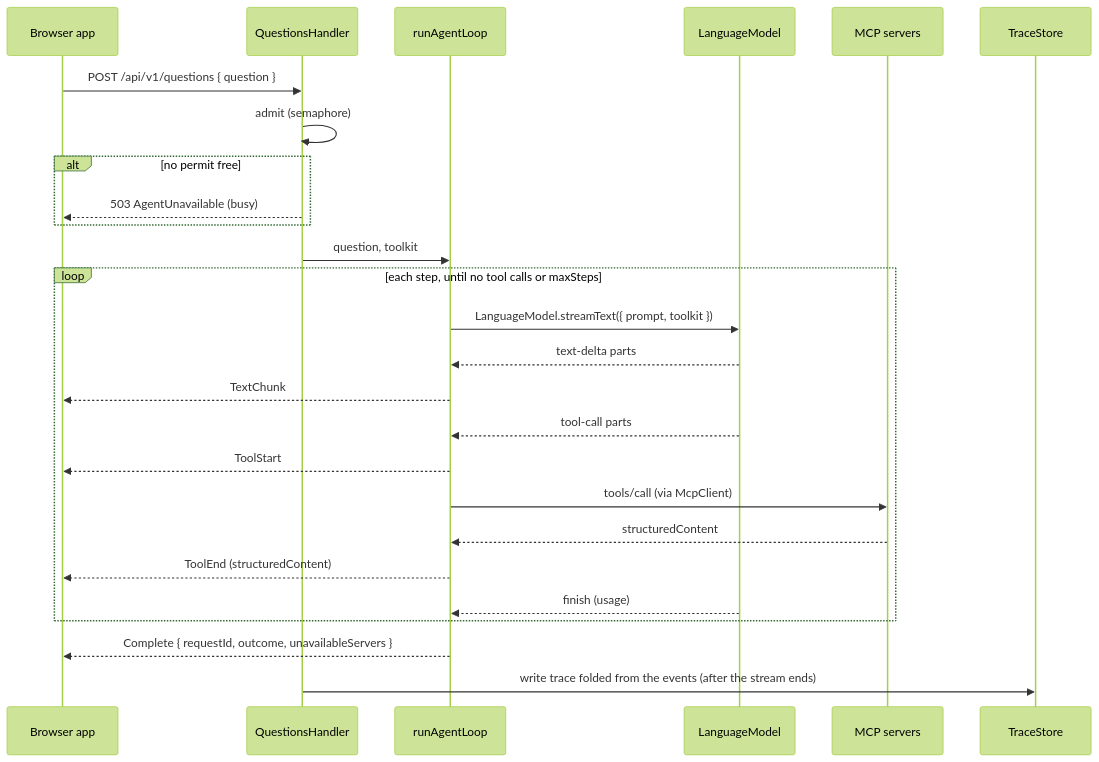
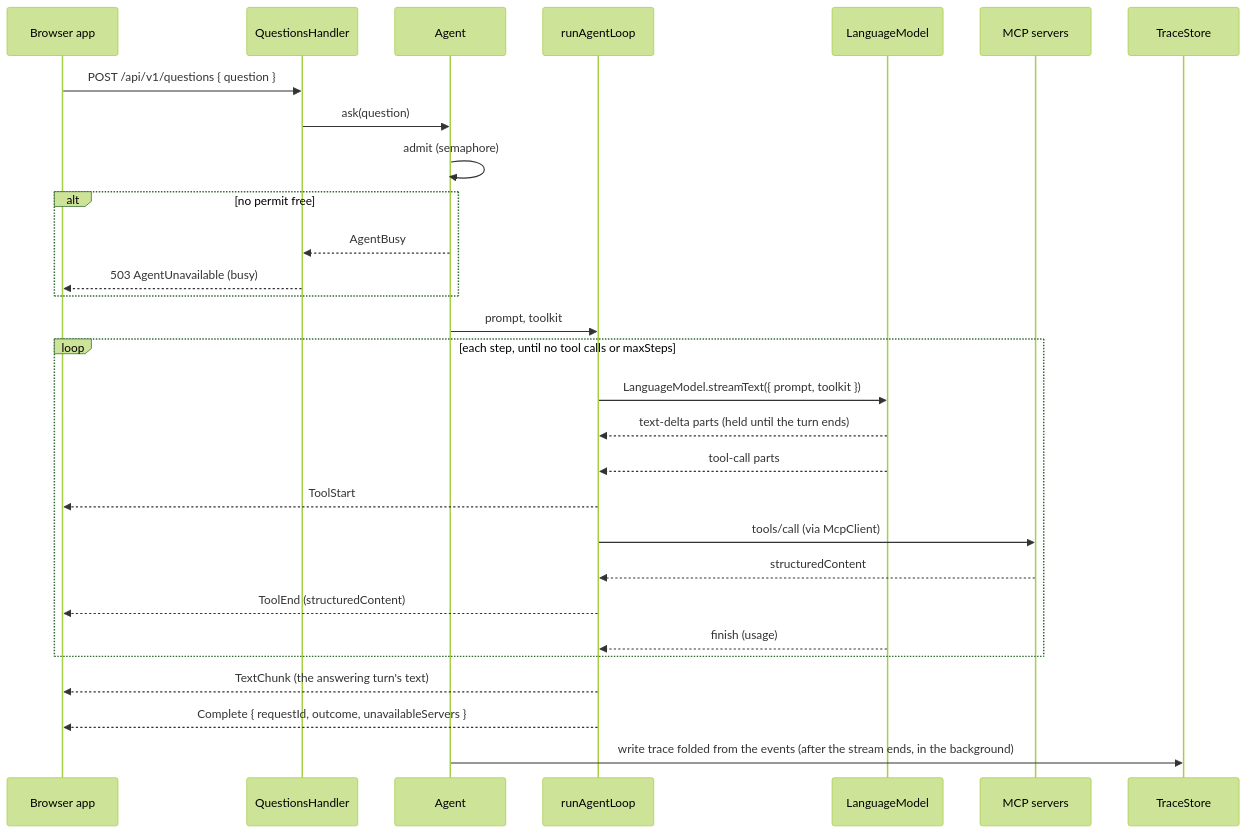
One commit to mollyegibson/policy-huis changed the diagram in docs/plans/agent-loop.md. Above: the diagram before and after it, drawn with Mermaid (forest theme). The commit also changed other lines of this file and 71 other files, not shown here.

````diff
--- a/docs/plans/agent-loop.md
+++ b/docs/plans/agent-loop.md
@@ -98,29 +107,32 @@
 ```mermaid
 sequenceDiagram
     participant B as Browser app
     participant H as QuestionsHandler
+    participant A as Agent
     participant L as runAgentLoop
     participant M as LanguageModel
     participant S as MCP servers
     participant T as TraceStore
 
     B->>H: POST /api/v1/questions { question }
-    H->>H: admit (semaphore)
+    H->>A: ask(question)
+    A->>A: admit (semaphore)
     alt no permit free
+        A-->>H: AgentBusy
         H-->>B: 503 AgentUnavailable (busy)
     end
-    H->>L: question, toolkit
+    A->>L: prompt, toolkit
     loop each step, until no tool calls or maxSteps
         L->>M: LanguageModel.streamText({ prompt, toolkit })
-        M-->>L: text-delta parts
-        L-->>B: TextChunk
+        M-->>L: text-delta parts (held until the turn ends)
         M-->>L: tool-call parts
         L-->>B: ToolStart
         L->>S: tools/call (via McpClient)
         S-->>L: structuredContent
         L-->>B: ToolEnd (structuredContent)
         M-->>L: finish (usage)
     end
+    L-->>B: TextChunk (the answering turn's text)
     L-->>B: Complete { requestId, outcome, unavailableServers }
-    H->>T: write trace folded from the events (after the stream ends)
+    A->>T: write trace folded from the events (after the stream ends, in the background)
 ```
````
